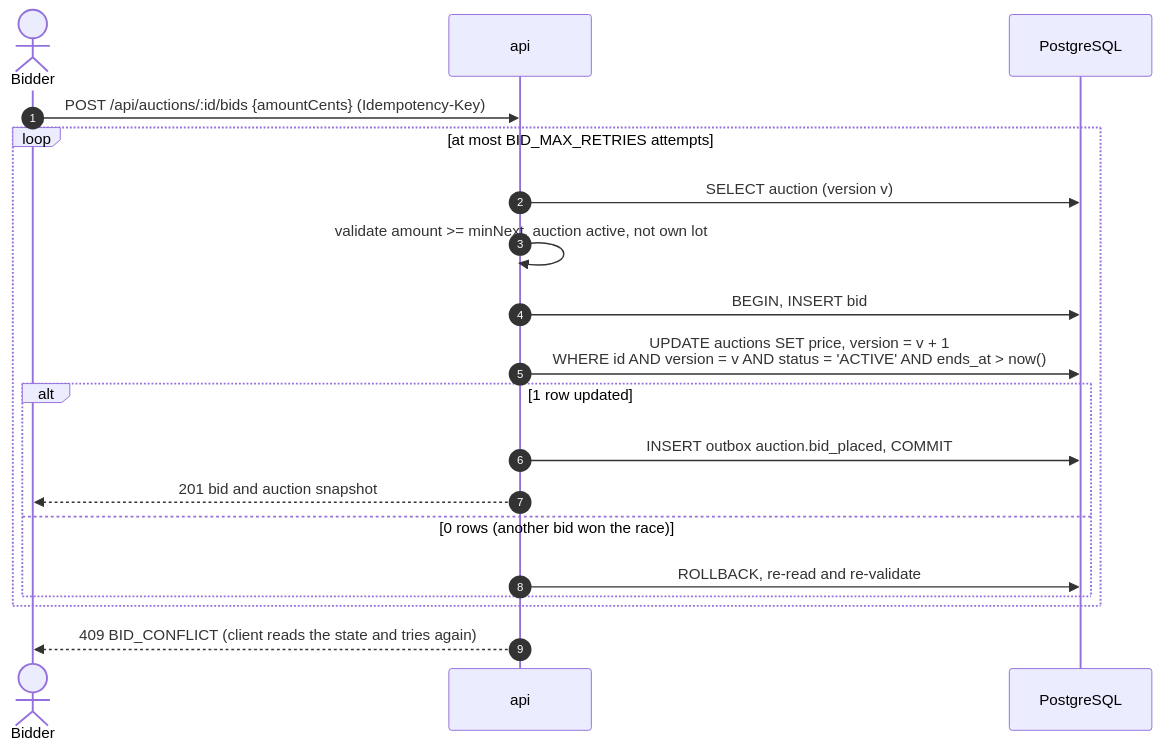
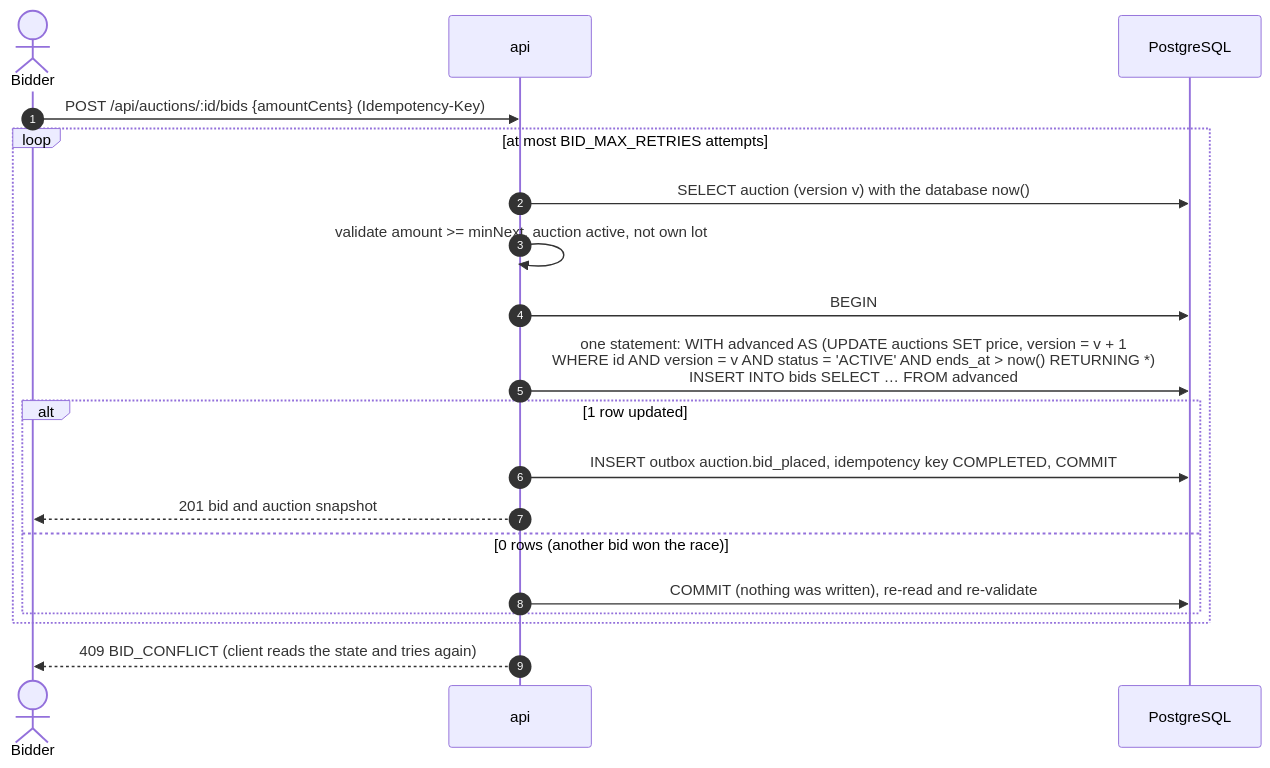
Before and after one commit to JuFios/multi-vendor-marketplace: the third of 4 diagrams in README.md, drawn with Mermaid. The commit also changed other lines of this file, not shown here.

````diff
--- a/README.md
+++ b/README.md
@@ -149,21 +153,21 @@
 ```mermaid
 sequenceDiagram
     autonumber
     actor Bidder
     participant API as api
     participant DB as PostgreSQL
     Bidder->>API: POST /api/auctions/:id/bids {amountCents} (Idempotency-Key)
     loop at most BID_MAX_RETRIES attempts
-        API->>DB: SELECT auction (version v)
+        API->>DB: SELECT auction (version v) with the database now()
         API->>API: validate amount >= minNext, auction active, not own lot
-        API->>DB: BEGIN, INSERT bid
-        API->>DB: UPDATE auctions SET price, version = v + 1<br/>WHERE id AND version = v AND status = 'ACTIVE' AND ends_at > now()
+        API->>DB: BEGIN
+        API->>DB: one statement: WITH advanced AS (UPDATE auctions SET price, version = v + 1<br/>WHERE id AND version = v AND status = 'ACTIVE' AND ends_at > now() RETURNING *)<br/>INSERT INTO bids SELECT … FROM advanced
         alt 1 row updated
-            API->>DB: INSERT outbox auction.bid_placed, COMMIT
+            API->>DB: INSERT outbox auction.bid_placed, idempotency key COMPLETED, COMMIT
             API-->>Bidder: 201 bid and auction snapshot
         else 0 rows (another bid won the race)
-            API->>DB: ROLLBACK, re-read and re-validate
+            API->>DB: COMMIT (nothing was written), re-read and re-validate
         end
     end
     API-->>Bidder: 409 BID_CONFLICT (client reads the state and tries again)
 ```
````
